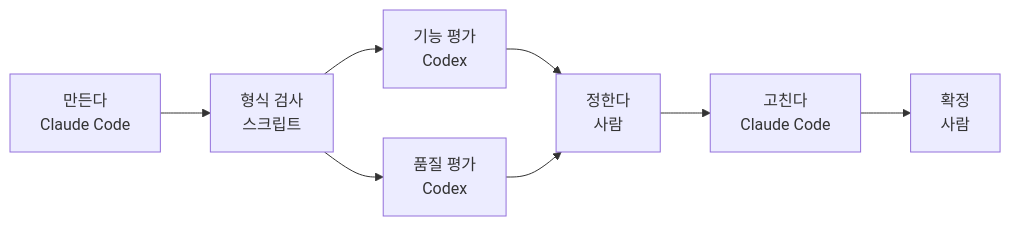
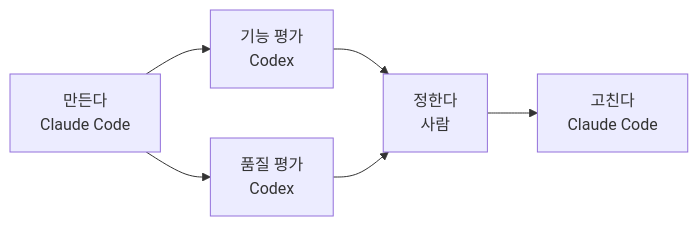
The second of 2 diagrams in README.md (join5201/stay-booking), drawn with Mermaid before and after one commit. The commit also changed other lines of this file, not shown here.

````diff
--- a/README.md
+++ b/README.md
@@ -67,5 +63,4 @@
 ```mermaid
 flowchart LR
-  G["만든다<br/>Claude Code"] --> K["형식 검사<br/>스크립트"] --> A["기능 평가<br/>Codex"] & Q["품질 평가<br/>Codex"]
-  A & Q --> D["정한다<br/>사람"] --> R["고친다<br/>Claude Code"] --> F["확정<br/>사람"]
+  G["만든다<br/>Claude Code"] --> A["기능 평가<br/>Codex"] & Q["품질 평가<br/>Codex"] --> D["정한다<br/>사람"] --> R["고친다<br/>Claude Code"]
 ```
````
